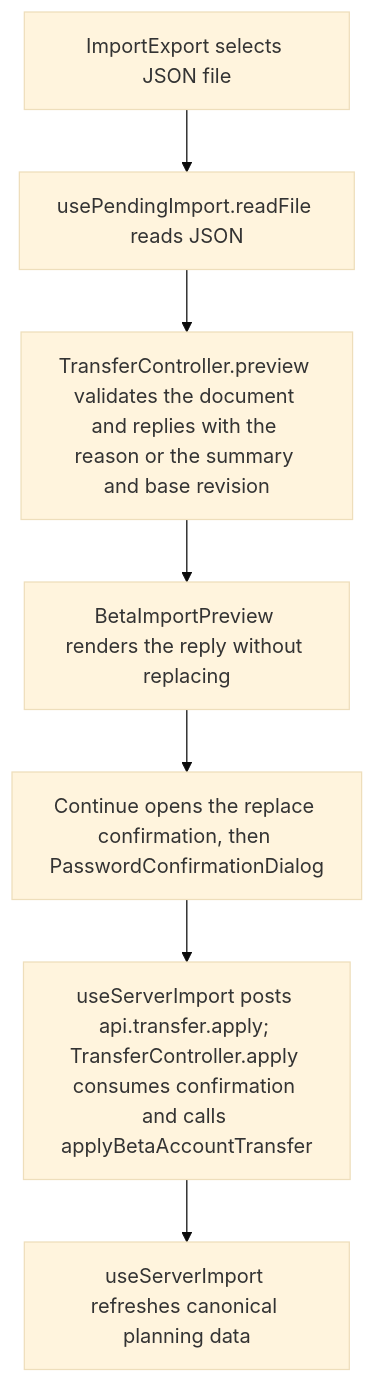
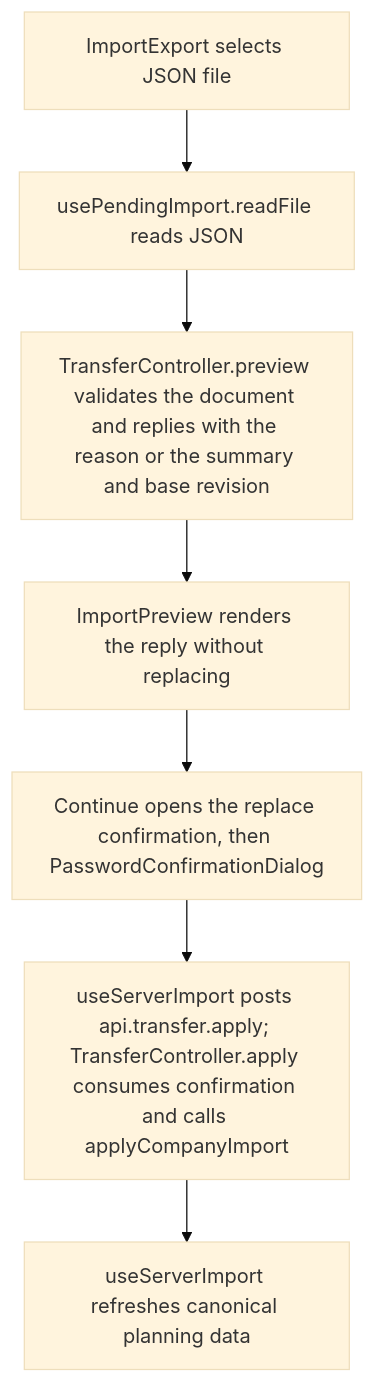
One commit to Kevinjohn/capacitylens changed the second of 2 diagrams in user-stories/data/US-DAT-02-import-json.md. Above: the diagram before and after it, drawn with Mermaid (base theme). The commit also changed other lines of this file and 33 other files, not shown here.

````diff
--- a/user-stories/data/US-DAT-02-import-json.md
+++ b/user-stories/data/US-DAT-02-import-json.md
@@ -36,9 +36,9 @@
 ```mermaid
 flowchart TD
   file["ImportExport selects JSON file"] --> parse["usePendingImport.readFile reads JSON"]
   parse --> serverBoundary["TransferController.preview validates the document and replies with the reason or the summary and base revision"]
-  serverBoundary --> preview["BetaImportPreview renders the reply without replacing"]
+  serverBoundary --> preview["ImportPreview renders the reply without replacing"]
   preview --> confirm["Continue opens the replace confirmation, then PasswordConfirmationDialog"]
-  confirm --> apply["useServerImport posts api.transfer.apply; TransferController.apply consumes confirmation and calls applyBetaAccountTransfer"]
+  confirm --> apply["useServerImport posts api.transfer.apply; TransferController.apply consumes confirmation and calls applyCompanyImport"]
   apply --> refresh["useServerImport refreshes canonical planning data"]
 ```
````
